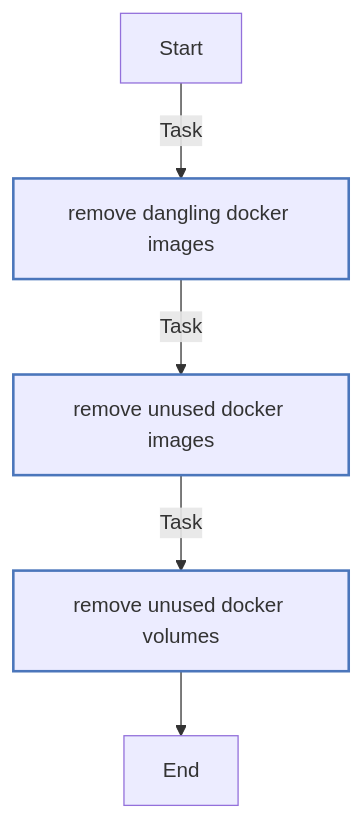
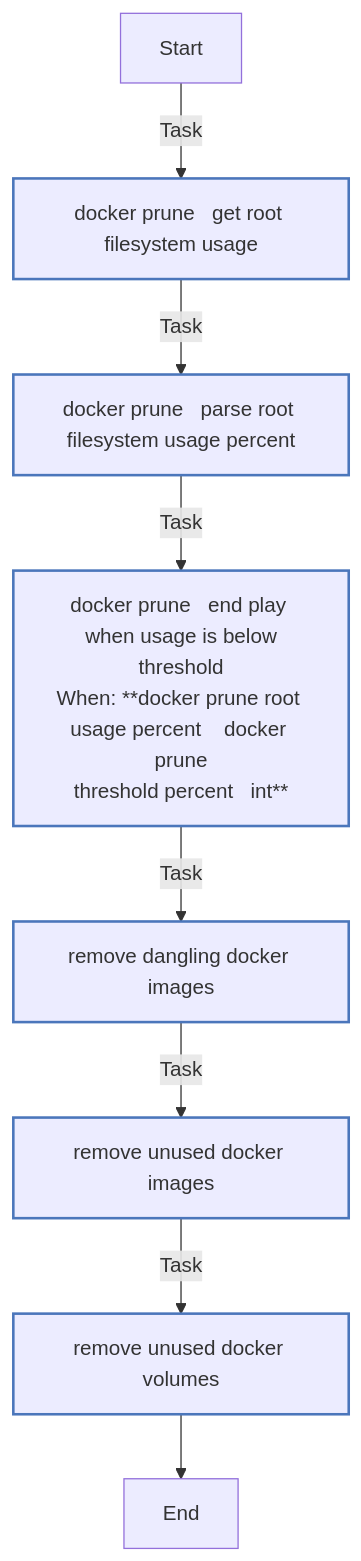
Before and after one commit to Lebowski89/homelab: the third of 4 diagrams in ansible/roles/docker/README.md, drawn with Mermaid. The commit also changed other lines of this file and 6 other files, not shown here.

Commit message:
feat(docker): improve prune tasks and Podman test setup

````diff
--- a/ansible/roles/docker/README.md
+++ b/ansible/roles/docker/README.md
@@ -164,17 +168,20 @@
 ```mermaid
 flowchart TD
 Start
 classDef block stroke:#3498db,stroke-width:2px;
 classDef task stroke:#4b76bb,stroke-width:2px;
 classDef includeTasks stroke:#16a085,stroke-width:2px;
 classDef importTasks stroke:#34495e,stroke-width:2px;
 classDef includeRole stroke:#2980b9,stroke-width:2px;
 classDef importRole stroke:#699ba7,stroke-width:2px;
 classDef includeVars stroke:#8e44ad,stroke-width:2px;
 classDef rescue stroke:#665352,stroke-width:2px;
 
-  Start-->|Task| Remove_dangling_Docker_images0[remove dangling docker images]:::task
-  Remove_dangling_Docker_images0-->|Task| Remove_unused_Docker_images1[remove unused docker images]:::task
-  Remove_unused_Docker_images1-->|Task| Remove_unused_Docker_volumes2[remove unused docker volumes]:::task
-  Remove_unused_Docker_volumes2-->End
+  Start-->|Task| Docker_prune___Get_root_filesystem_usage0[docker prune   get root filesystem usage]:::task
+  Docker_prune___Get_root_filesystem_usage0-->|Task| Docker_prune___Parse_root_filesystem_usage_percent1[docker prune   parse root filesystem usage percent]:::task
+  Docker_prune___Parse_root_filesystem_usage_percent1-->|Task| Docker_prune___End_play_when_usage_is_below_threshold2[docker prune   end play when usage is below<br>threshold<br>When: **docker prune root usage percent    docker prune<br>threshold percent   int**]:::task
+  Docker_prune___End_play_when_usage_is_below_threshold2-->|Task| Remove_dangling_Docker_images3[remove dangling docker images]:::task
+  Remove_dangling_Docker_images3-->|Task| Remove_unused_Docker_images4[remove unused docker images]:::task
+  Remove_unused_Docker_images4-->|Task| Remove_unused_Docker_volumes5[remove unused docker volumes]:::task
+  Remove_unused_Docker_volumes5-->End
 ```
````
